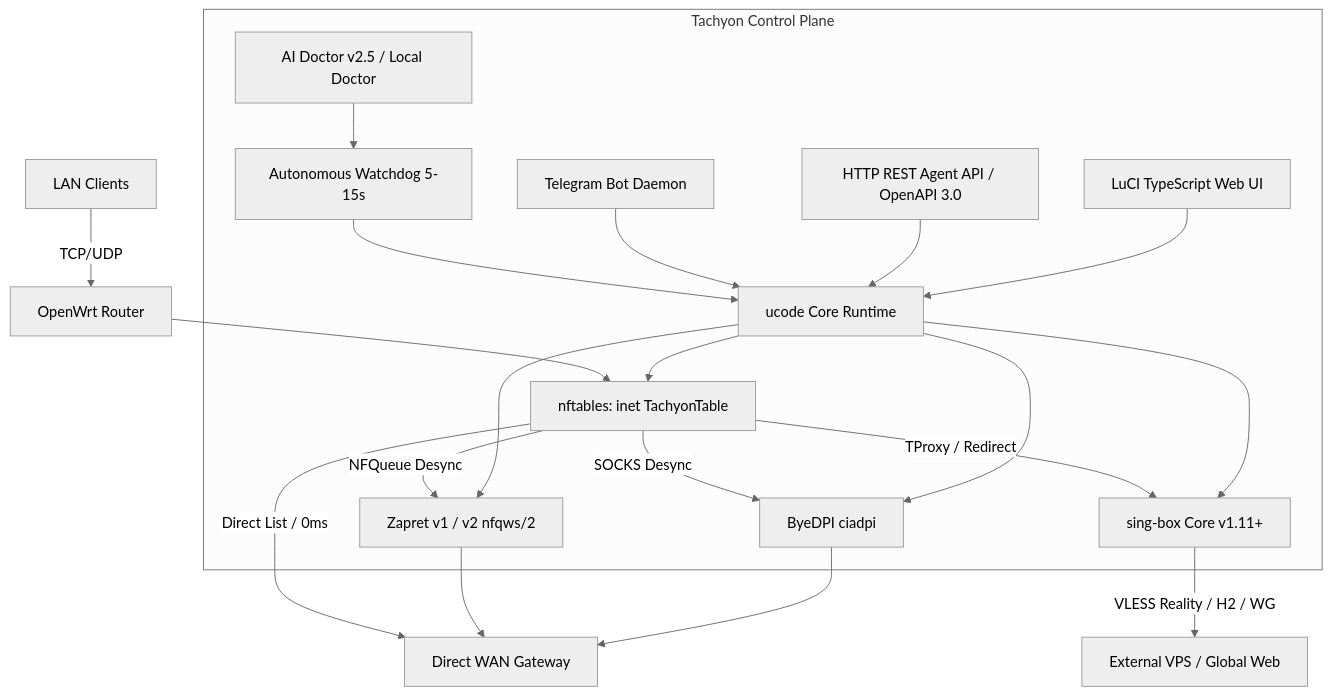
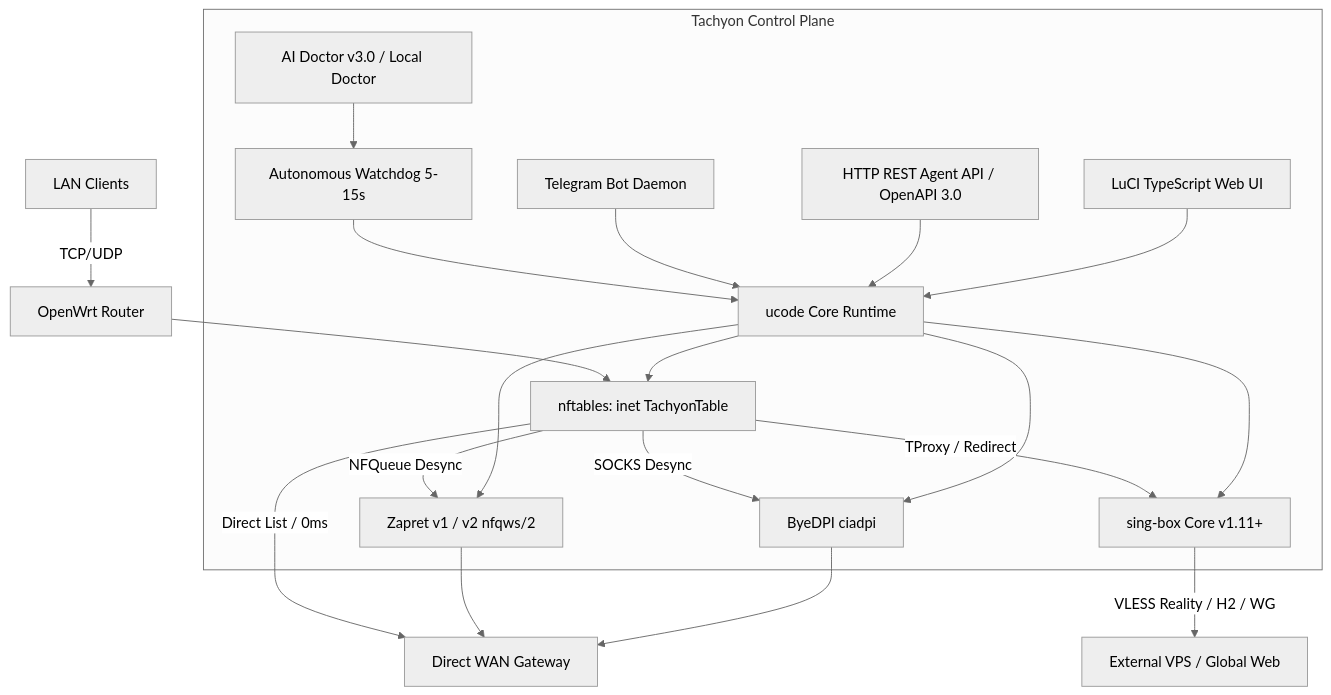
Before and after one commit to Dushnilin/tachyon: the diagram in docs/knowledge-base/01_SYSTEM_ARCHITECTURE.md, drawn with Mermaid (neutral theme). The commit also changed other lines of this file and 17 other files, not shown here.

````diff
--- a/docs/knowledge-base/01_SYSTEM_ARCHITECTURE.md
+++ b/docs/knowledge-base/01_SYSTEM_ARCHITECTURE.md
@@ -7,26 +7,26 @@
 ```mermaid
 graph TD
     Client[LAN Clients] -->|TCP/UDP| Router[OpenWrt Router]
     Router --> NFT[nftables: inet TachyonTable]
     
     NFT -->|Direct List / 0ms| WAN[Direct WAN Gateway]
     NFT -->|NFQueue Desync| Zapret[Zapret v1 / v2 nfqws/2]
     NFT -->|SOCKS Desync| ByeDPI[ByeDPI ciadpi]
     NFT -->|TProxy / Redirect| SingBox[sing-box Core v1.11+]
     
     SingBox -->|VLESS Reality / H2 / WG| VPS[External VPS / Global Web]
     Zapret --> WAN
     ByeDPI --> WAN
     
     subgraph Tachyon Control Plane
         UCODE[ucode Core Runtime] --> NFT
         UCODE --> SingBox
         UCODE --> Zapret
         UCODE --> ByeDPI
         Watchdog[Autonomous Watchdog 5-15s] --> UCODE
-        AIDoctor[AI Doctor v2.5 / Local Doctor] --> Watchdog
+        AIDoctor[AI Doctor v3.0 / Local Doctor] --> Watchdog
         Telegram[Telegram Bot Daemon] --> UCODE
         RestAPI[HTTP REST Agent API / OpenAPI 3.0] --> UCODE
         LuCI[LuCI TypeScript Web UI] --> UCODE
     end
 ```
````
